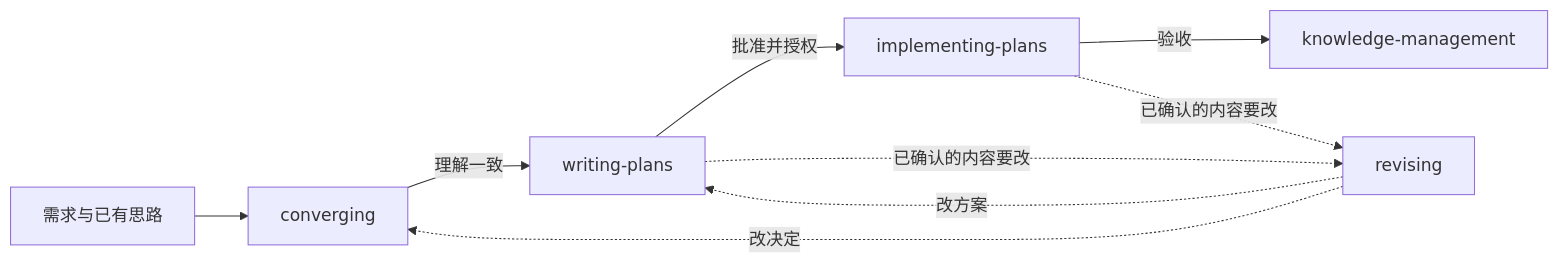
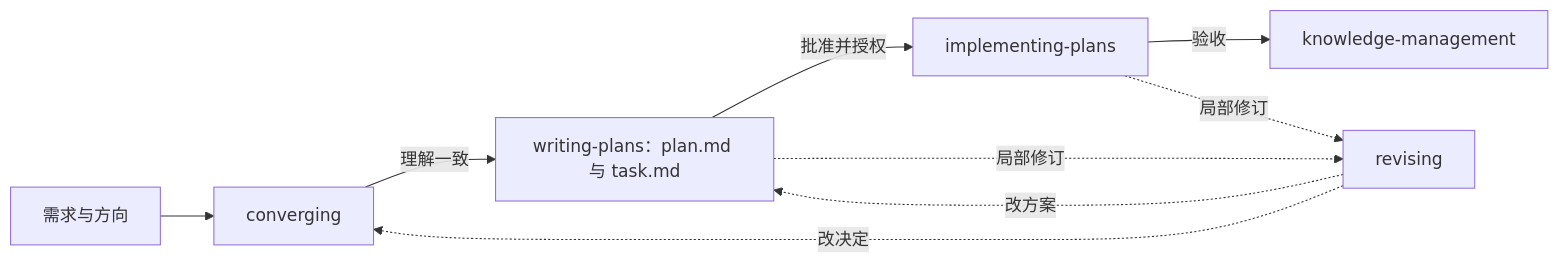
One commit to reflux-studio/rivo changed the diagram in skills/using-rivo/SKILL.md. Above: the diagram before and after it, drawn with Mermaid. The commit also changed other lines of this file and 40 other files, not shown here.

````diff
--- a/skills/using-rivo/SKILL.md
+++ b/skills/using-rivo/SKILL.md
@@ -28,11 +28,11 @@
 ```mermaid
 flowchart LR
-    U[需求与已有思路] --> C[converging]
-    C -->|理解一致| P[writing-plans]
+    U[需求与方向] --> C[converging]
+    C -->|理解一致| P[writing-plans：plan.md 与 task.md]
     P -->|批准并授权| I[implementing-plans]
     I -->|验收| K[knowledge-management]
-    P -.已确认的内容要改.-> R[revising]
-    I -.已确认的内容要改.-> R
+    P -.局部修订.-> R[revising]
+    I -.局部修订.-> R
     R -.改决定.-> C
     R -.改方案.-> P
 ```
````
